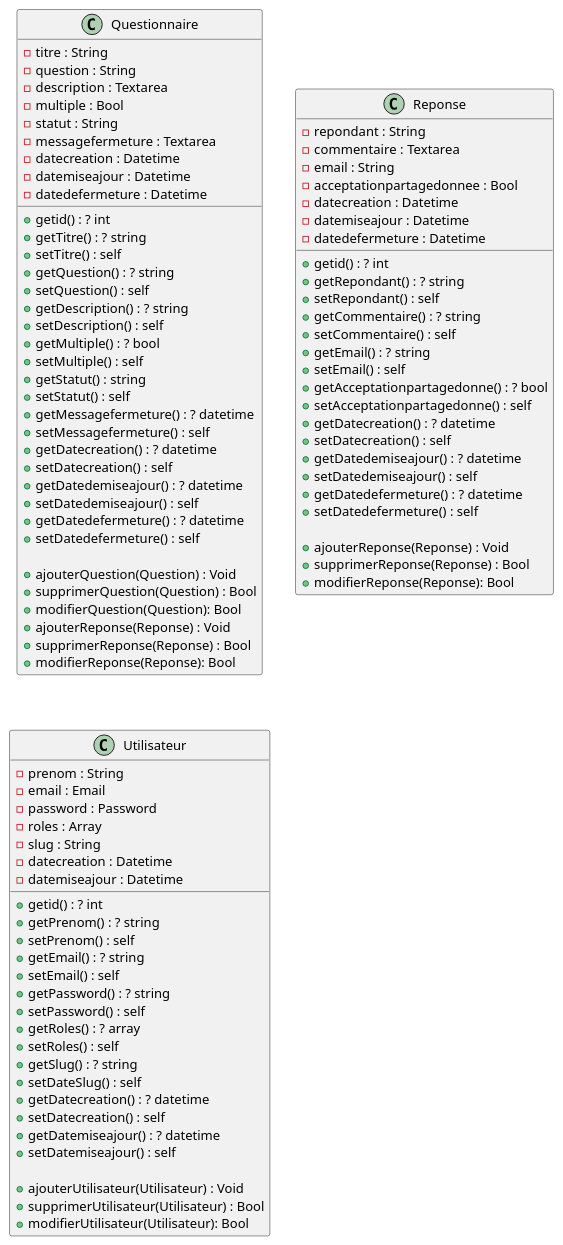
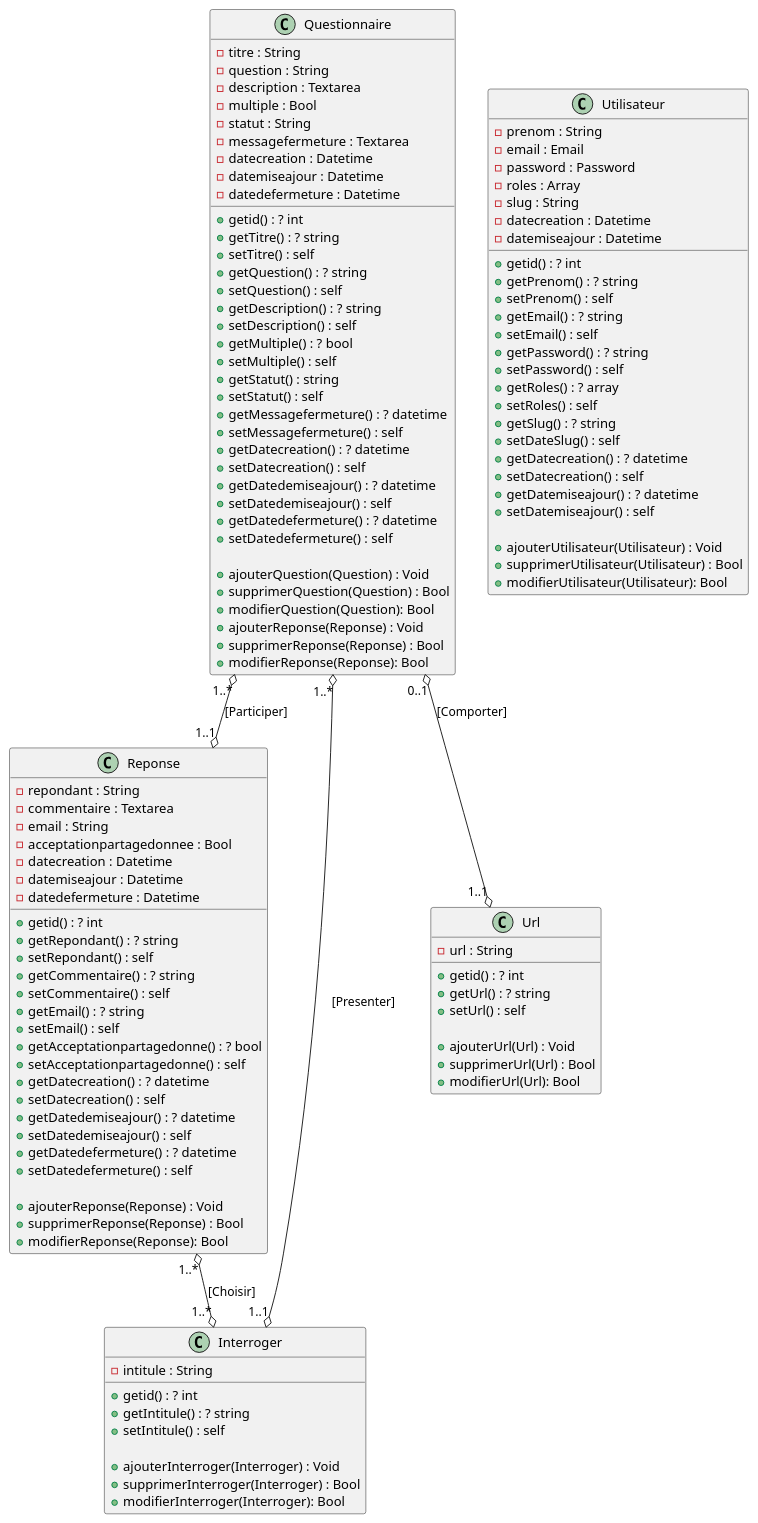
The diagram in documents/analyse_uml/diagramme_de_classe/diagramme_classe.wsd (nwehla/QuidideanceTest), drawn with PlantUML before and after one commit.

Commit message:
Diagramme de classe fini à corriger

```diff
--- a/documents/analyse_uml/diagramme_de_classe/diagramme_classe.wsd
+++ b/documents/analyse_uml/diagramme_de_classe/diagramme_classe.wsd
@@ -1,106 +1,131 @@
 @startuml
 
 class Questionnaire{
     -titre : String
     -question : String
     -description : Textarea
     -multiple : Bool
     -statut : String
     -messagefermeture : Textarea
     -datecreation : Datetime
     -datemiseajour : Datetime
     -datedefermeture : Datetime
 
     +getid() : ? int
     +getTitre() : ? string
     +setTitre() : self
     +getQuestion() : ? string
     +setQuestion() : self
     +getDescription() : ? string
     +setDescription() : self
     +getMultiple() : ? bool
     +setMultiple() : self
     +getStatut() : string
     +setStatut() : self
     +getMessagefermeture() : ? datetime
     +setMessagefermeture() : self
     +getDatecreation() : ? datetime
     +setDatecreation() : self
     +getDatedemiseajour() : ? datetime
     +setDatedemiseajour() : self
     +getDatedefermeture() : ? datetime
     +setDatedefermeture() : self
 
     +ajouterQuestion(Question) : Void
     +supprimerQuestion(Question) : Bool
     +modifierQuestion(Question): Bool
     +ajouterReponse(Reponse) : Void
     +supprimerReponse(Reponse) : Bool
     +modifierReponse(Reponse): Bool
 }
 
 class Reponse{
     -repondant : String
     -commentaire : Textarea
     -email : String
     -acceptationpartagedonnee : Bool
     -datecreation : Datetime
     -datemiseajour : Datetime
     -datedefermeture : Datetime    
 
     +getid() : ? int
     +getRepondant() : ? string
     +setRepondant() : self
     +getCommentaire() : ? string
     +setCommentaire() : self
     +getEmail() : ? string
     +setEmail() : self
     +getAcceptationpartagedonne() : ? bool
     +setAcceptationpartagedonne() : self
     +getDatecreation() : ? datetime
     +setDatecreation() : self
     +getDatedemiseajour() : ? datetime
     +setDatedemiseajour() : self
     +getDatedefermeture() : ? datetime
     +setDatedefermeture() : self
 
     +ajouterReponse(Reponse) : Void
     +supprimerReponse(Reponse) : Bool
     +modifierReponse(Reponse): Bool    
 }
 
+class Interroger{
+    -intitule : String
+
+    +getid() : ? int
+    +getIntitule() : ? string
+    +setIntitule() : self
+
+    +ajouterInterroger(Interroger) : Void
+    +supprimerInterroger(Interroger) : Bool
+    +modifierInterroger(Interroger): Bool
+}
+
+class Url{
+    -url : String
+
+    +getid() : ? int
+    +getUrl() : ? string
+    +setUrl() : self
+
+    +ajouterUrl(Url) : Void
+    +supprimerUrl(Url) : Bool
+    +modifierUrl(Url): Bool
+}
+
 class Utilisateur{
     -prenom : String
     -email : Email
     -password : Password
     -roles : Array
     -slug : String
     -datecreation : Datetime
     -datemiseajour : Datetime
 
     +getid() : ? int
     +getPrenom() : ? string
     +setPrenom() : self
     +getEmail() : ? string
     +setEmail() : self
     +getPassword() : ? string
     +setPassword() : self
     +getRoles() : ? array
     +setRoles() : self
     +getSlug() : ? string
     +setDateSlug() : self
     +getDatecreation() : ? datetime 
     +setDatecreation() : self
     +getDatemiseajour() : ? datetime
     +setDatemiseajour() : self
 
     +ajouterUtilisateur(Utilisateur) : Void
     +supprimerUtilisateur(Utilisateur) : Bool
     +modifierUtilisateur(Utilisateur): Bool
 }
 
-' exemple de relation
-' Activite  "1..*" -down-o "1"Utilisateur: [Participer]
-' Activite  "1..*" -down-o "1"Lieu: [Localiser]
-' Activite  "1..*" -down-o "1"Genre: [Appartenir]
+Questionnaire  "1..*" o-down-o "1..1"Reponse: [Participer]
+Questionnaire  "1..*" o-down-o "1..1"Interroger: [Presenter]
+Reponse  "1..*" o-down-o "1..*"Interroger: [Choisir]
+Questionnaire  "0..1" o-down-o "1..1"Url: [Comporter]
+
 @enduml
```
